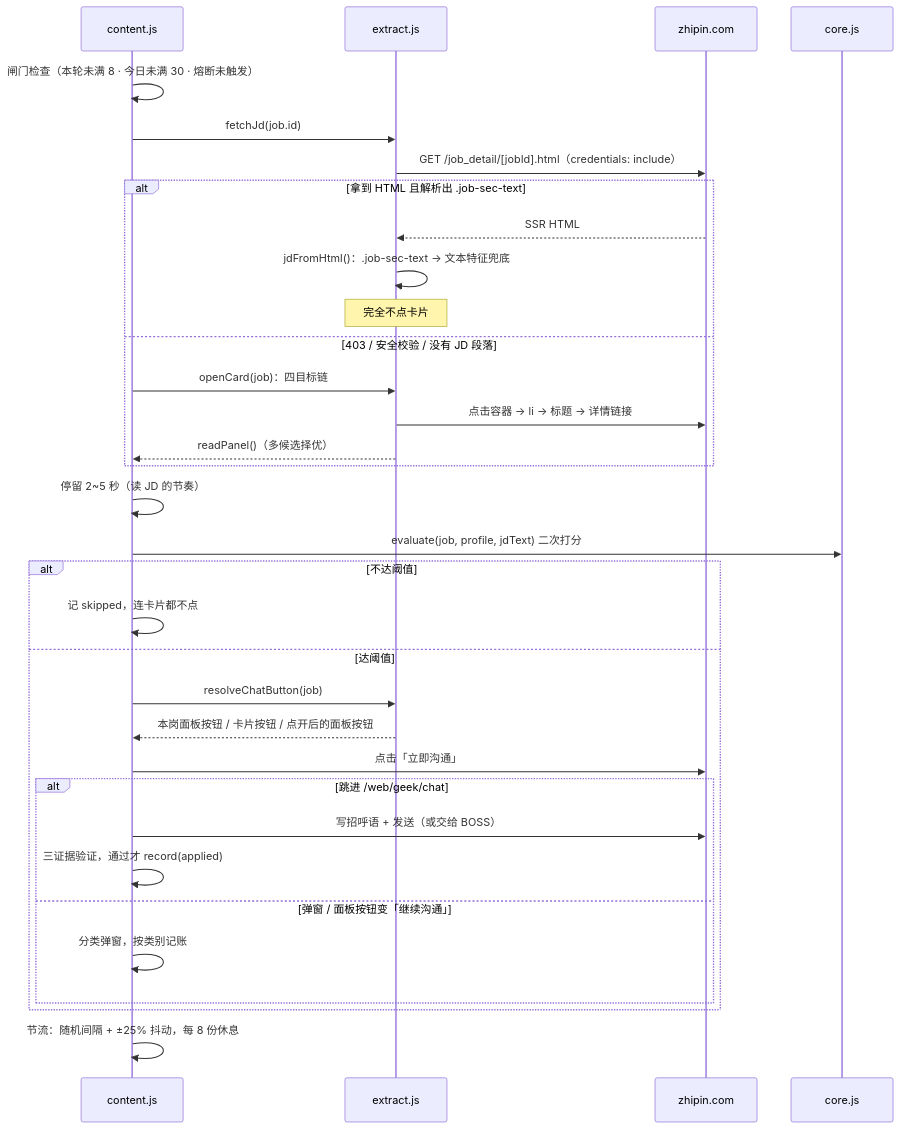
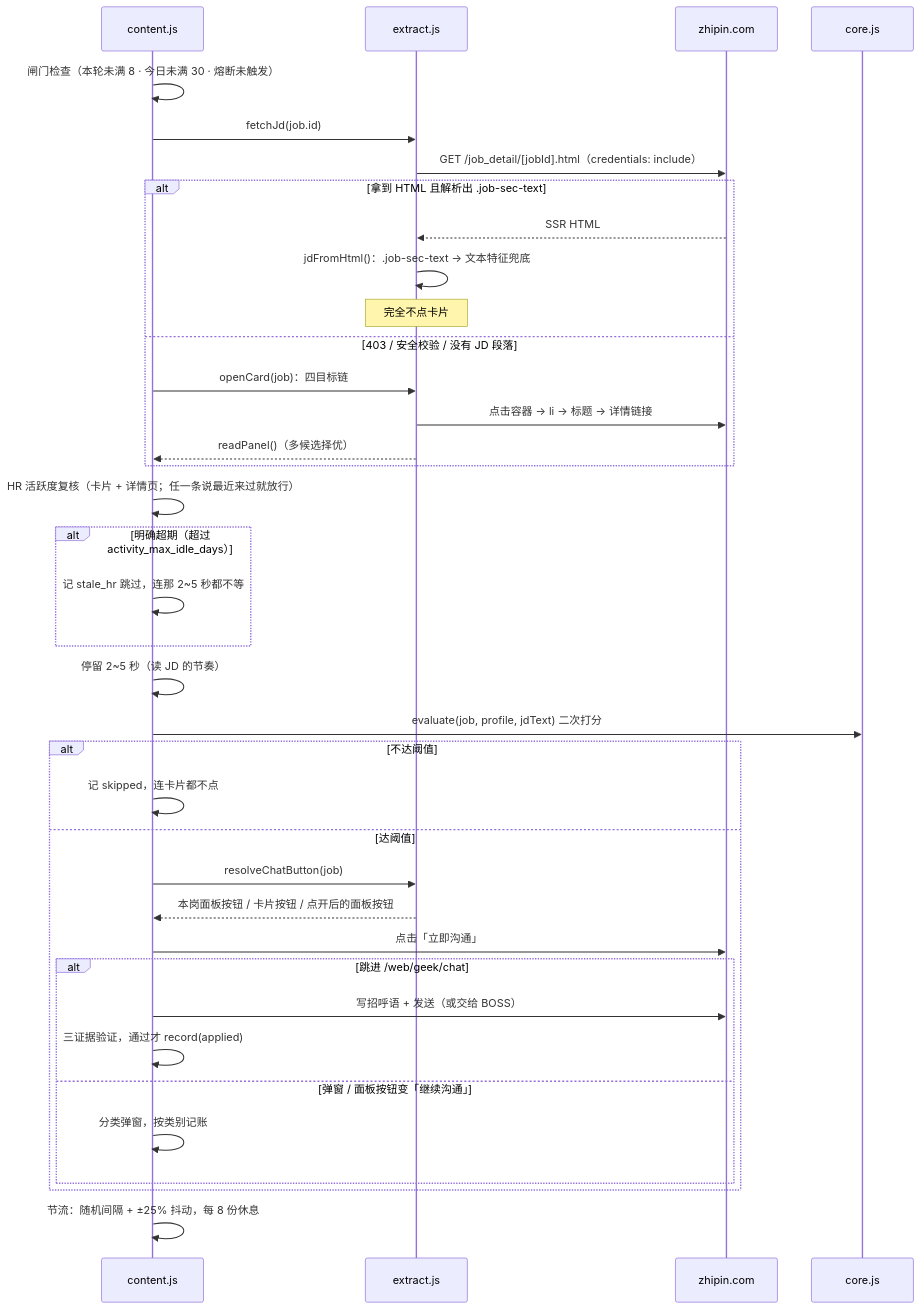
Before and after one commit to yunchuanli003/joblens: the third of 3 diagrams in docs/ARCHITECTURE.md, drawn with Mermaid. The commit also changed other lines of this file and 15 other files, not shown here.

````diff
--- a/docs/ARCHITECTURE.md
+++ b/docs/ARCHITECTURE.md
@@ -76,36 +76,40 @@
 ```mermaid
 sequenceDiagram
   participant CT as content.js
   participant EX as extract.js
   participant SITE as zhipin.com
   participant CO as core.js
 
   CT->>CT: 闸门检查（本轮未满 8 · 今日未满 30 · 熔断未触发）
   CT->>EX: fetchJd(job.id)
   EX->>SITE: GET /job_detail/[jobId].html（credentials: include）
   alt 拿到 HTML 且解析出 .job-sec-text
     SITE-->>EX: SSR HTML
     EX->>EX: jdFromHtml()：.job-sec-text → 文本特征兜底
     Note over EX: 完全不点卡片
   else 403 / 安全校验 / 没有 JD 段落
     CT->>EX: openCard(job)：四目标链
     EX->>SITE: 点击容器 → li → 标题 → 详情链接
     EX-->>CT: readPanel()（多候选择优）
   end
+  CT->>CT: HR 活跃度复核（卡片 + 详情页；任一条说最近来过就放行）
+  alt 明确超期（超过 activity_max_idle_days）
+    CT->>CT: 记 stale_hr 跳过，连那 2~5 秒都不等
+  end
   CT->>CT: 停留 2~5 秒（读 JD 的节奏）
   CT->>CO: evaluate(job, profile, jdText) 二次打分
   alt 不达阈值
     CT->>CT: 记 skipped，连卡片都不点
   else 达阈值
     CT->>EX: resolveChatButton(job)
     EX-->>CT: 本岗面板按钮 / 卡片按钮 / 点开后的面板按钮
     CT->>SITE: 点击「立即沟通」
     alt 跳进 /web/geek/chat
       CT->>SITE: 写招呼语 + 发送（或交给 BOSS）
       CT->>CT: 三证据验证，通过才 record(applied)
     else 弹窗 / 面板按钮变「继续沟通」
       CT->>CT: 分类弹窗，按类别记账
     end
   end
   CT->>CT: 节流：随机间隔 + ±25% 抖动，每 8 份休息
 ```
````
